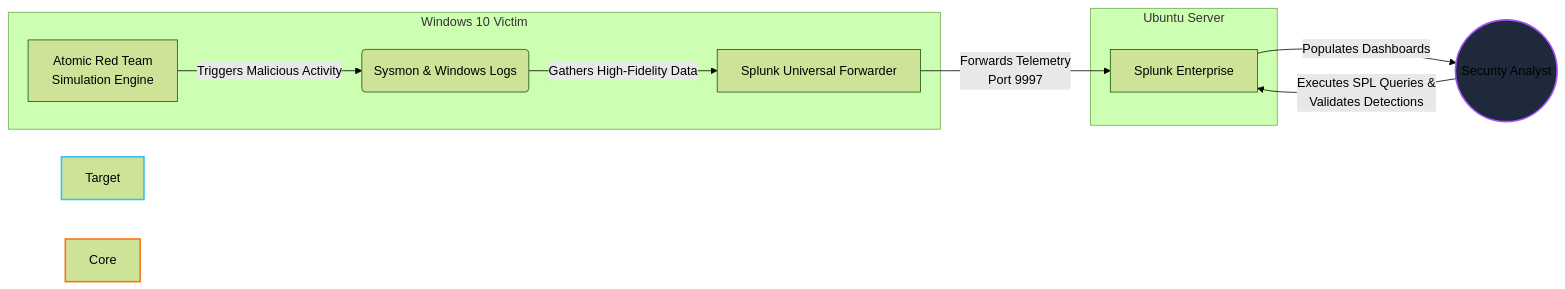
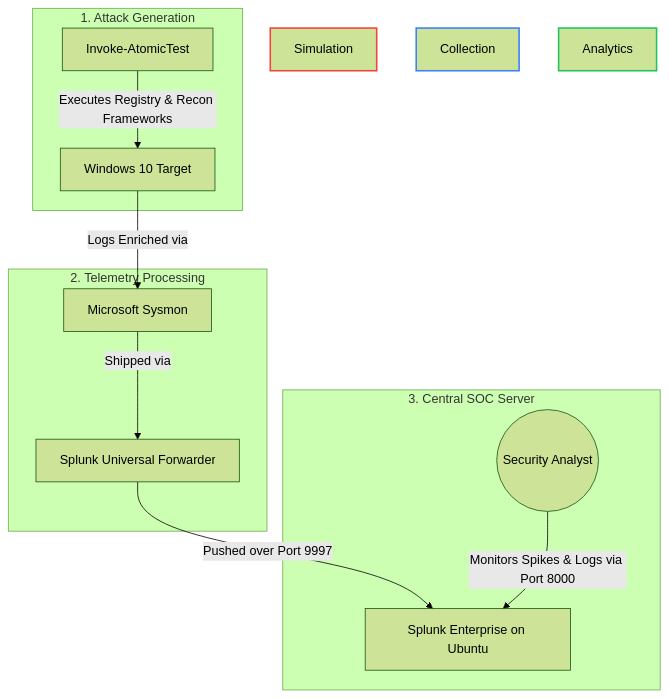
The diagram in README.md (a-ishak-sec/SOC-In-A-Box-Lab), drawn with Mermaid (forest theme) before and after one commit.

````diff
--- a/README.md
+++ b/README.md
@@ -6,25 +6,24 @@
 ```mermaid
-graph LR
-    %% Data Sources
-    subgraph Target Endpoint [Windows 10 Victim]
-        A[Atomic Red Team<br>Simulation Engine] -->|Triggers Malicious Activity| B(Sysmon & Windows Logs)
-        B -->|Gathers High-Fidelity Data| C[Splunk Universal Forwarder]
+graph TD
+    %% Top Tier: The Simulation
+    subgraph Simulation Layer [1. Attack Generation]
+        A[Invoke-AtomicTest] -->|Executes Registry & Recon Frameworks| B[Windows 10 Target]
     end
 
-    %% Network Transit
-    C -->|Forwards Telemetry<br>Port 9997| D
-
-    %% SIEM Storage
-    subgraph Core SIEM [Ubuntu Server]
-        D[Splunk Enterprise]
+    %% Middle Tier: Processing
+    subgraph Collection Layer [2. Telemetry Processing]
+        B -->|Logs Enriched via| C[Microsoft Sysmon]
+        C -->|Shipped via| D[Splunk Universal Forwarder]
     end
 
-    %% Human Element
-    D -->|Populates Dashboards| E((Security Analyst))
-    E -->|Executes SPL Queries &<br>Validates Detections| D
+    %% Bottom Tier: SIEM & Ingestion
+    subgraph Analytics Layer [3. Central SOC Server]
+        D -->|Pushed over Port 9997| E[Splunk Enterprise on Ubuntu]
+        F((Security Analyst)) -->|Monitors Spikes & Logs via Port 8000| E
+    end
 
-    %% Custom Colors
-    style Target Endpoint fill:#111c24,stroke:#38bdf8,stroke-width:2px
-    style Core SIEM fill:#111c24,stroke:#f97316,stroke-width:2px
-    style E fill:#1e293b,stroke:#a855f7,stroke-width:2px
+    %% Color Adjustments
+    style Simulation Layer fill:#18181b,stroke:#ef4444,stroke-width:2px
+    style Collection Layer fill:#18181b,stroke:#3b82f6,stroke-width:2px
+    style Analytics Layer fill:#18181b,stroke:#22c55e,stroke-width:2px
 ```
````
